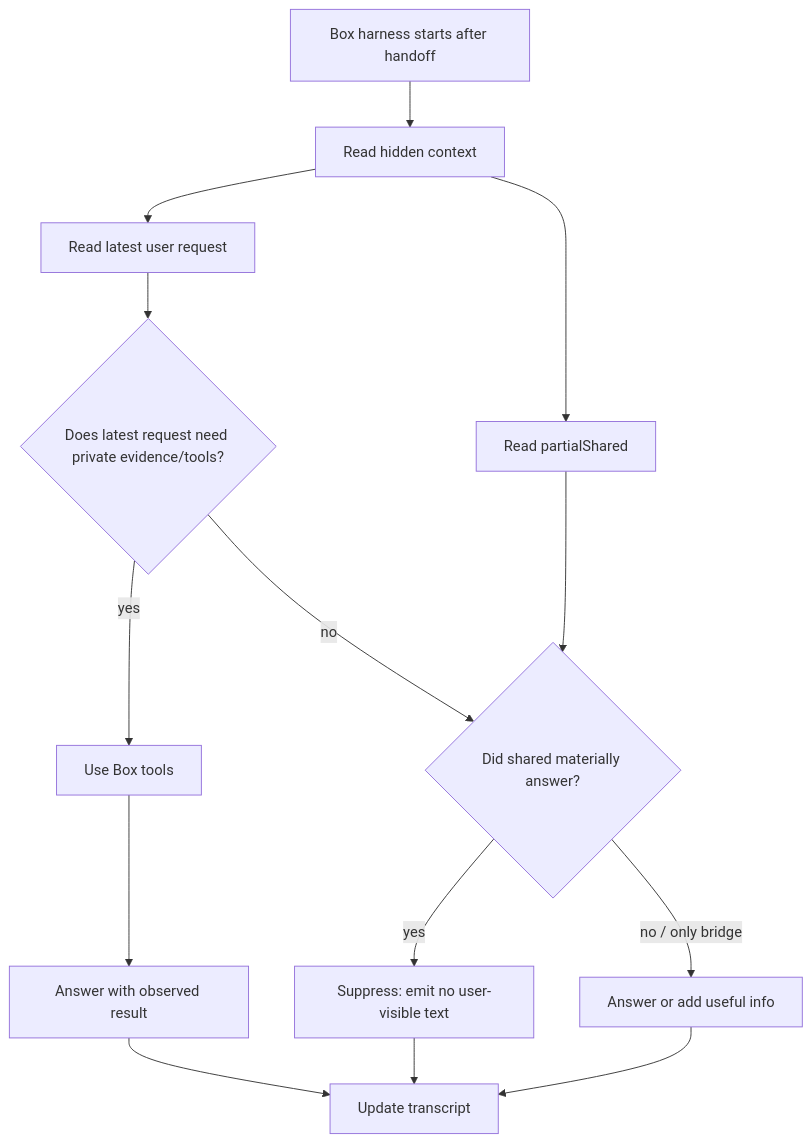
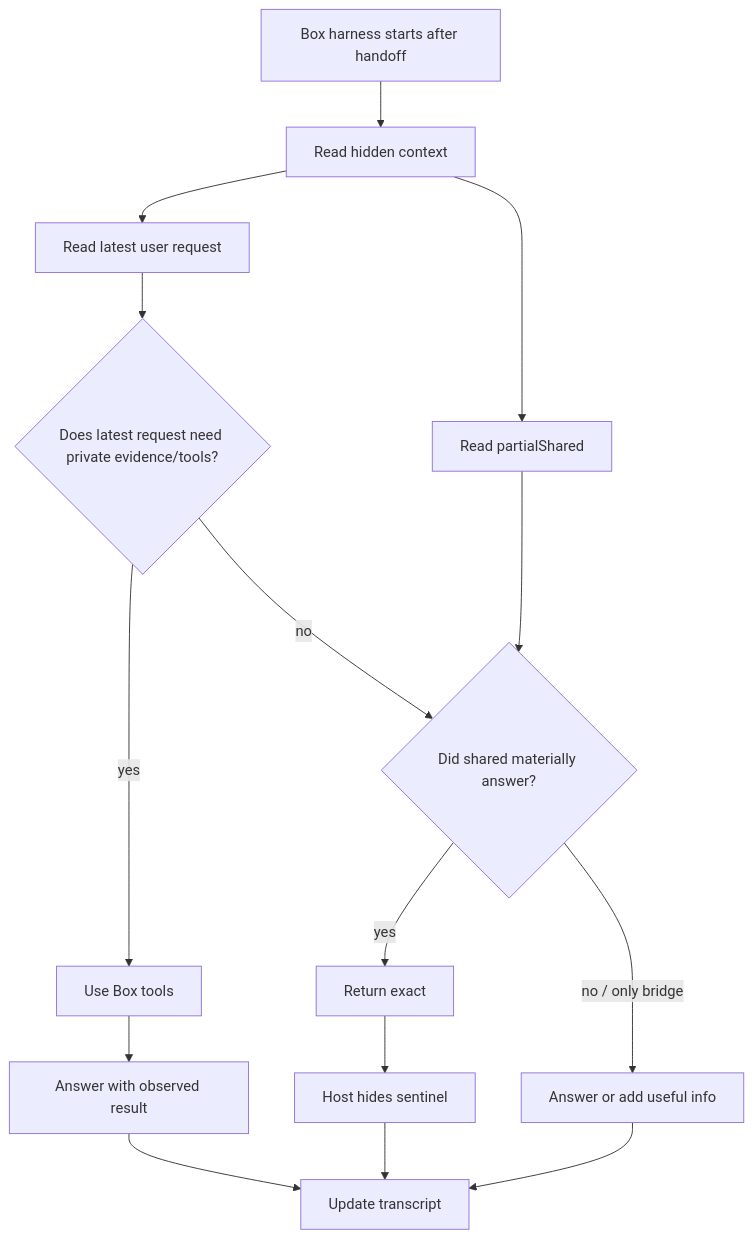
The first of 15 diagrams in docs/optibox-handoff-technical-report.md (ariana-dot-dev/optibox), drawn with Mermaid before and after one commit. The commit also changed other lines of this file and 4 other files, not shown here.

````diff
--- a/docs/optibox-handoff-technical-report.md
+++ b/docs/optibox-handoff-technical-report.md
@@ -61,16 +62,17 @@
 ```mermaid
 flowchart TD
     A[Box harness starts after handoff] --> B[Read hidden context]
     B --> C[Read latest user request]
     B --> D[Read partialShared]
     C --> E{Does latest request need private evidence/tools?}
     D --> F{Did shared materially answer?}
     E -- yes --> G[Use Box tools]
     G --> H[Answer with observed result]
     E -- no --> F
-    F -- yes --> I[Suppress: emit no user-visible text]
+    F -- yes --> I[Return exact <end>]
     F -- no / only bridge --> J[Answer or add useful info]
     H --> K[Update transcript]
-    I --> K
+    I --> L[Host hides sentinel]
+    L --> K
     J --> K
 ```
````
